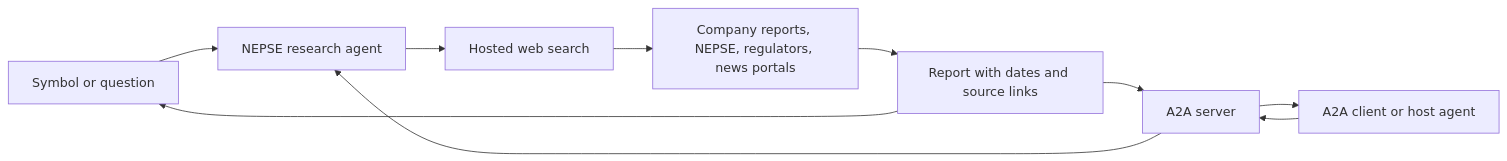
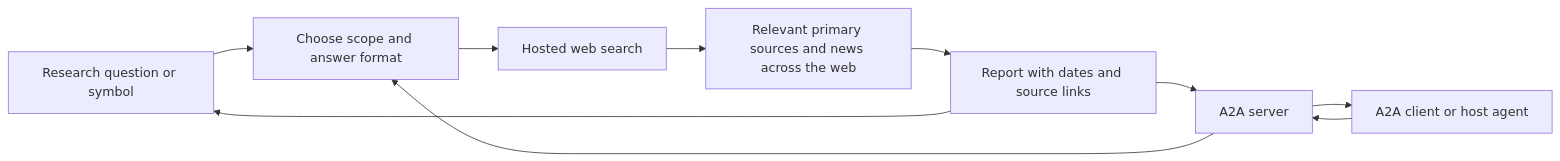
The diagram in nepse_agent/README.md (Dhakal29/stocks-research-agent), drawn with Mermaid before and after one commit. The commit also changed other lines of this file and 8 other files, not shown here.

````diff
--- a/nepse_agent/README.md
+++ b/nepse_agent/README.md
@@ -8,12 +10,12 @@
 ```mermaid
 flowchart LR
-    User[Symbol or question] --> Research[NEPSE research agent]
+    User[Research question or symbol] --> Research[Choose scope and answer format]
     Host[A2A client or host agent] --> Server[A2A server]
     Server --> Research
     Research --> Search[Hosted web search]
-    Search --> Evidence[Company reports, NEPSE, regulators, news portals]
+    Search --> Evidence[Relevant primary sources and news across the web]
     Evidence --> Report[Report with dates and source links]
     Report --> User
     Report --> Server
     Server --> Host
 ```
````
